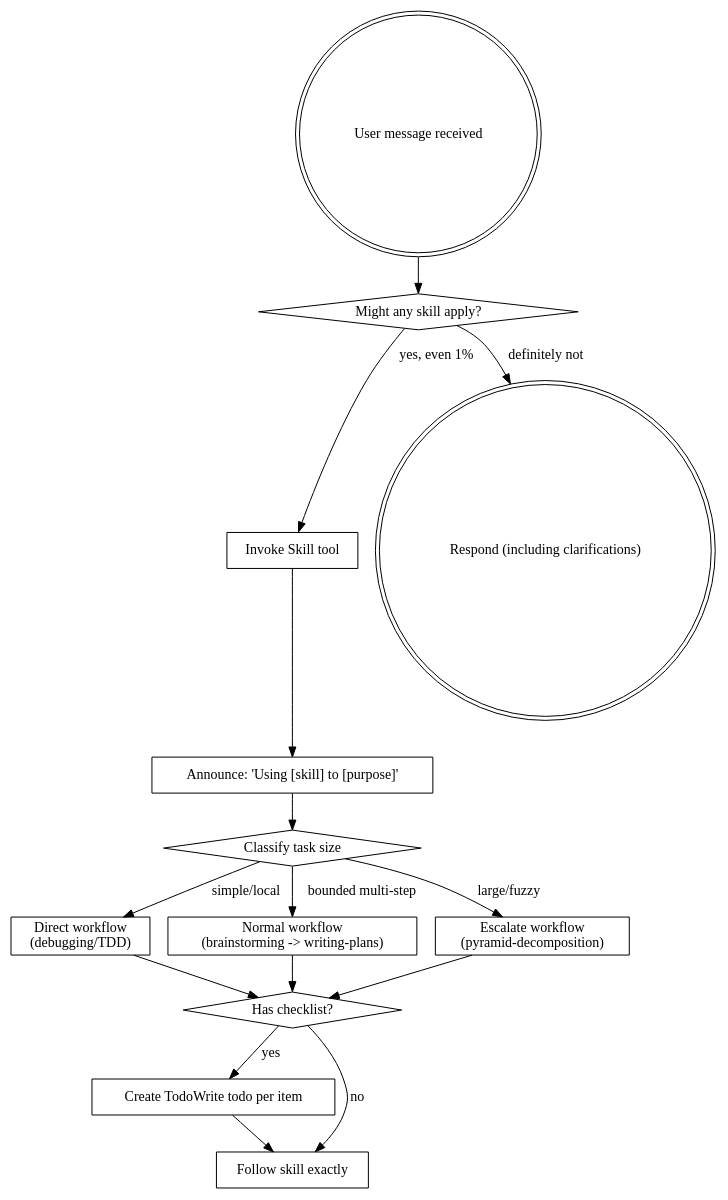
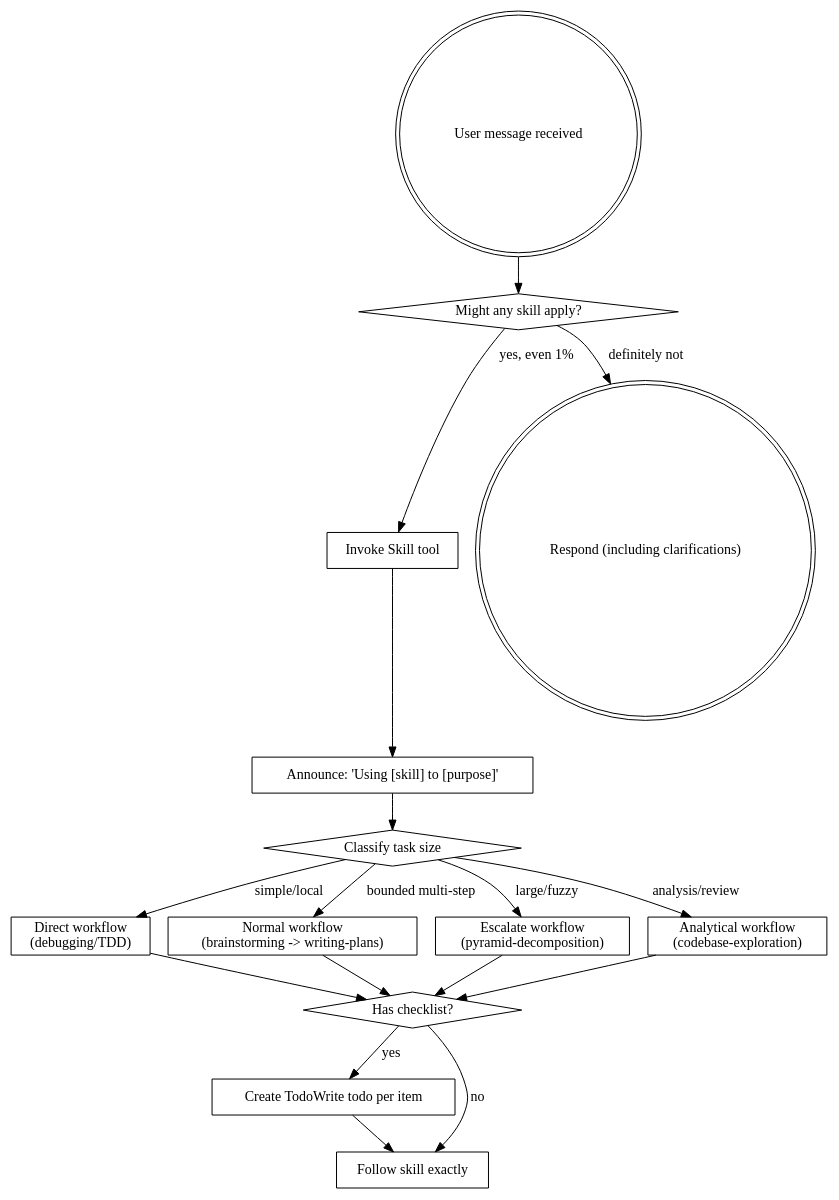
One commit to ZhengJvming/superpowers-plus changed the diagram in skills/using-superpowers/SKILL.md. Above: the diagram before and after it, drawn with Graphviz. The commit also changed other lines of this file and 8 other files, not shown here.

````diff
--- a/skills/using-superpowers/SKILL.md
+++ b/skills/using-superpowers/SKILL.md
@@ -89,31 +109,34 @@
 ```dot
 digraph skill_flow {
     "User message received" [shape=doublecircle];
     "Might any skill apply?" [shape=diamond];
     "Invoke Skill tool" [shape=box];
     "Announce: 'Using [skill] to [purpose]'" [shape=box];
     "Classify task size" [shape=diamond];
     "Direct workflow\n(debugging/TDD)" [shape=box];
     "Normal workflow\n(brainstorming -> writing-plans)" [shape=box];
     "Escalate workflow\n(pyramid-decomposition)" [shape=box];
+    "Analytical workflow\n(codebase-exploration)" [shape=box];
     "Has checklist?" [shape=diamond];
     "Create TodoWrite todo per item" [shape=box];
     "Follow skill exactly" [shape=box];
     "Respond (including clarifications)" [shape=doublecircle];
 
     "User message received" -> "Might any skill apply?";
     "Might any skill apply?" -> "Invoke Skill tool" [label="yes, even 1%"];
     "Might any skill apply?" -> "Respond (including clarifications)" [label="definitely not"];
     "Invoke Skill tool" -> "Announce: 'Using [skill] to [purpose]'";
     "Announce: 'Using [skill] to [purpose]'" -> "Classify task size";
     "Classify task size" -> "Direct workflow\n(debugging/TDD)" [label="simple/local"];
     "Classify task size" -> "Normal workflow\n(brainstorming -> writing-plans)" [label="bounded multi-step"];
     "Classify task size" -> "Escalate workflow\n(pyramid-decomposition)" [label="large/fuzzy"];
+    "Classify task size" -> "Analytical workflow\n(codebase-exploration)" [label="analysis/review"];
     "Direct workflow\n(debugging/TDD)" -> "Has checklist?";
     "Normal workflow\n(brainstorming -> writing-plans)" -> "Has checklist?";
     "Escalate workflow\n(pyramid-decomposition)" -> "Has checklist?";
+    "Analytical workflow\n(codebase-exploration)" -> "Has checklist?";
     "Has checklist?" -> "Create TodoWrite todo per item" [label="yes"];
     "Has checklist?" -> "Follow skill exactly" [label="no"];
     "Create TodoWrite todo per item" -> "Follow skill exactly";
 }
 ```
````
